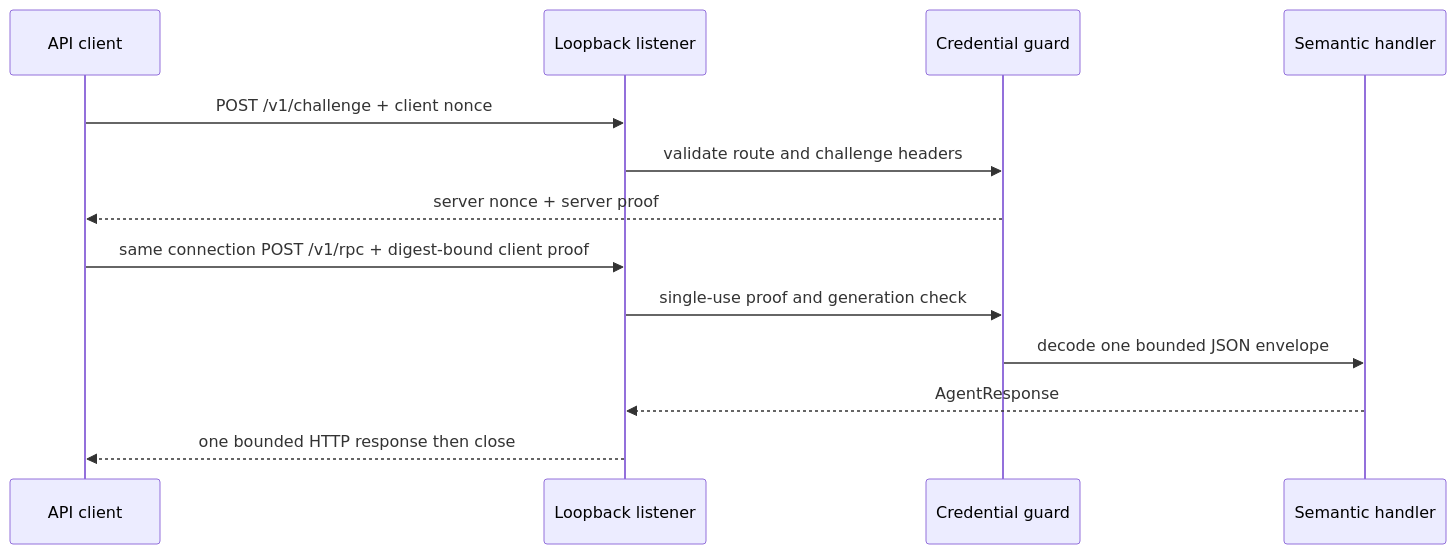
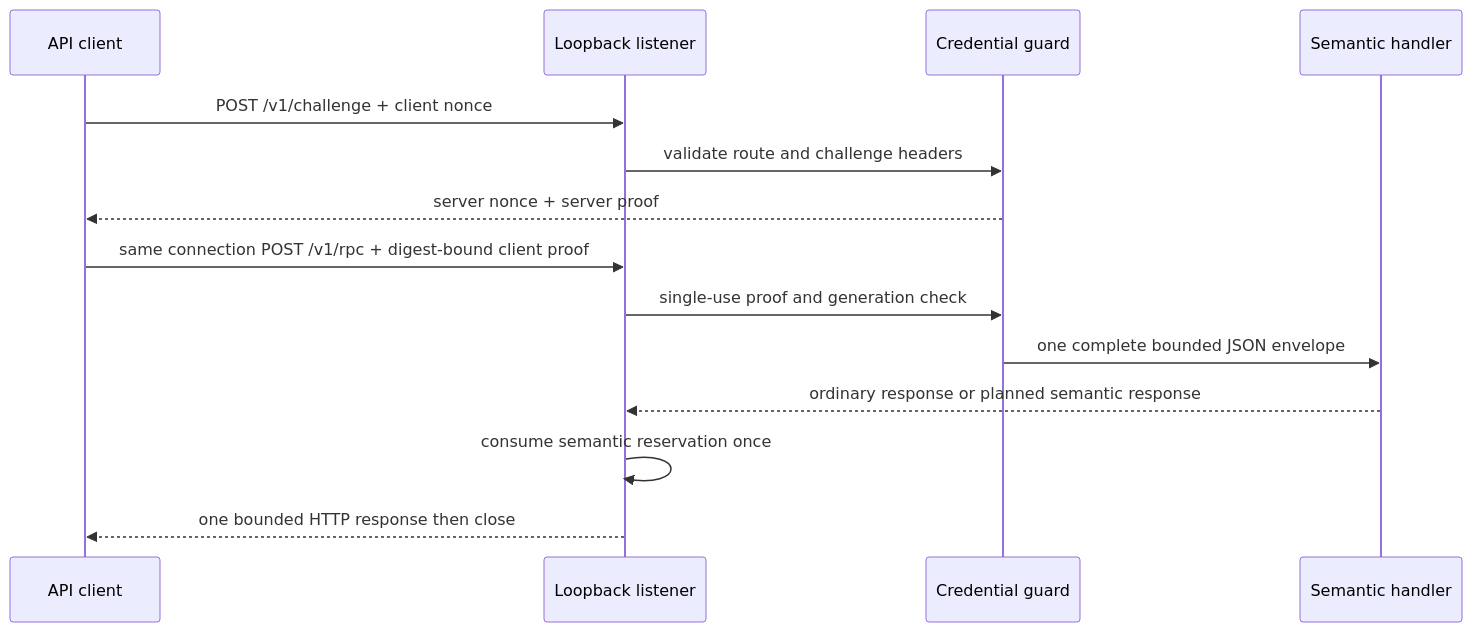
One commit to 1amageek/Rupa changed the second of 2 diagrams in RupaKit/Sources/RupaAgentTransport/DESIGN.md. Above: the diagram before and after it, drawn with Mermaid. The commit also changed other lines of this file and 72 other files, not shown here.

````diff
--- a/RupaKit/Sources/RupaAgentTransport/DESIGN.md
+++ b/RupaKit/Sources/RupaAgentTransport/DESIGN.md
@@ -97,15 +106,16 @@
 ```mermaid
 sequenceDiagram
     participant C as API client
     participant L as Loopback listener
     participant G as Credential guard
     participant H as Semantic handler
     C->>L: POST /v1/challenge + client nonce
     L->>G: validate route and challenge headers
     G-->>C: server nonce + server proof
     C->>L: same connection POST /v1/rpc + digest-bound client proof
     L->>G: single-use proof and generation check
-    G->>H: decode one bounded JSON envelope
-    H-->>L: AgentResponse
+    G->>H: one complete bounded JSON envelope
+    H-->>L: ordinary response or planned semantic response
+    L->>L: consume semantic reservation once
     L-->>C: one bounded HTTP response then close
 ```
````
